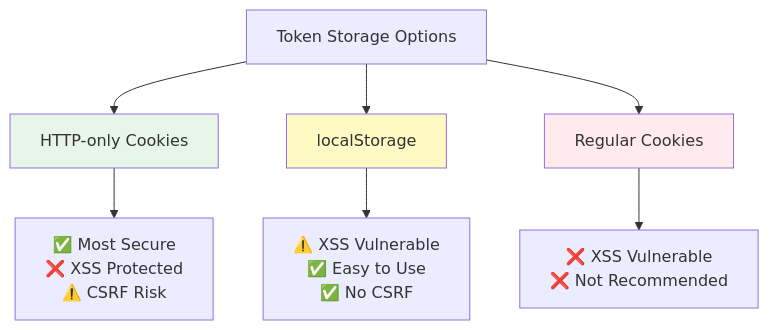
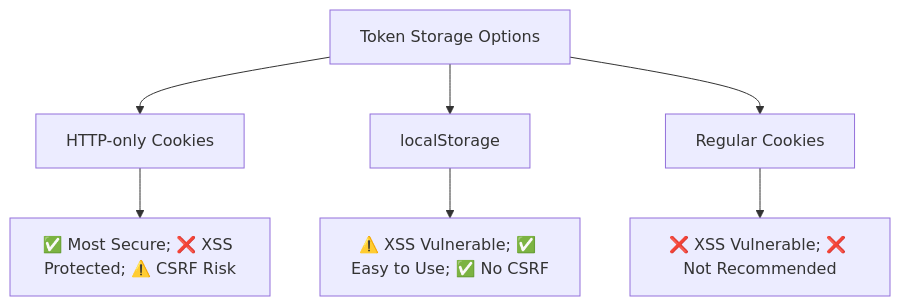
One commit to N-Dave-08/fs-course-backend changed the fifth of 6 diagrams in level-04-authentication-security/lesson-01-jwt-authentication-ENHANCED-EXAMPLE.md. Above: the diagram before and after it, drawn with Mermaid. The commit also changed other lines of this file and 7 other files, not shown here.

````diff
--- a/level-04-authentication-security/lesson-01-jwt-authentication-ENHANCED-EXAMPLE.md
+++ b/level-04-authentication-security/lesson-01-jwt-authentication-ENHANCED-EXAMPLE.md
@@ -537,14 +539,10 @@
 ```mermaid
 graph TD
     A[Token Storage Options] --> B[HTTP-only Cookies]
     A --> C[localStorage]
     A --> D[Regular Cookies]
     
-    B --> B1["✅ Most Secure<br/>❌ XSS Protected<br/>⚠️ CSRF Risk"]
-    C --> C1["⚠️ XSS Vulnerable<br/>✅ Easy to Use<br/>✅ No CSRF"]
-    D --> D1["❌ XSS Vulnerable<br/>❌ Not Recommended"]
-    
-    style B fill:#e8f5e9
-    style C fill:#fff9c4
-    style D fill:#ffebee
+    B --> B1["✅ Most Secure; ❌ XSS Protected; ⚠️ CSRF Risk"]
+    C --> C1["⚠️ XSS Vulnerable; ✅ Easy to Use; ✅ No CSRF"]
+    D --> D1["❌ XSS Vulnerable; ❌ Not Recommended"]
 ```
````
